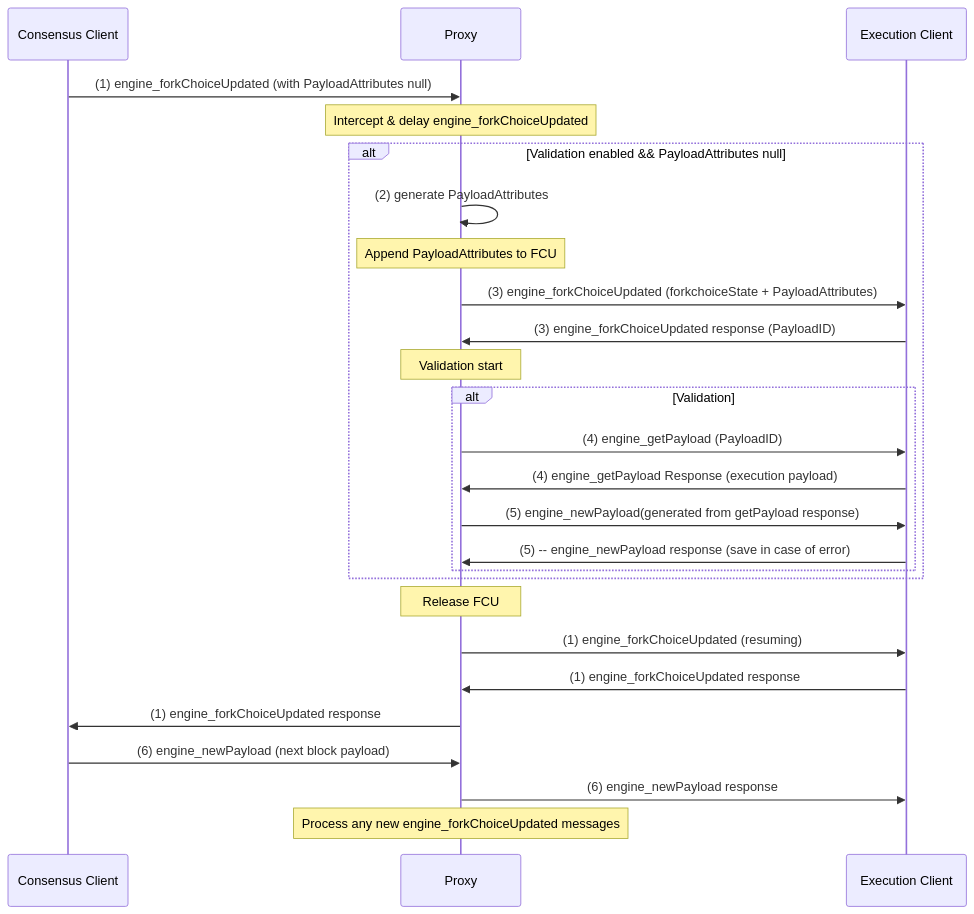
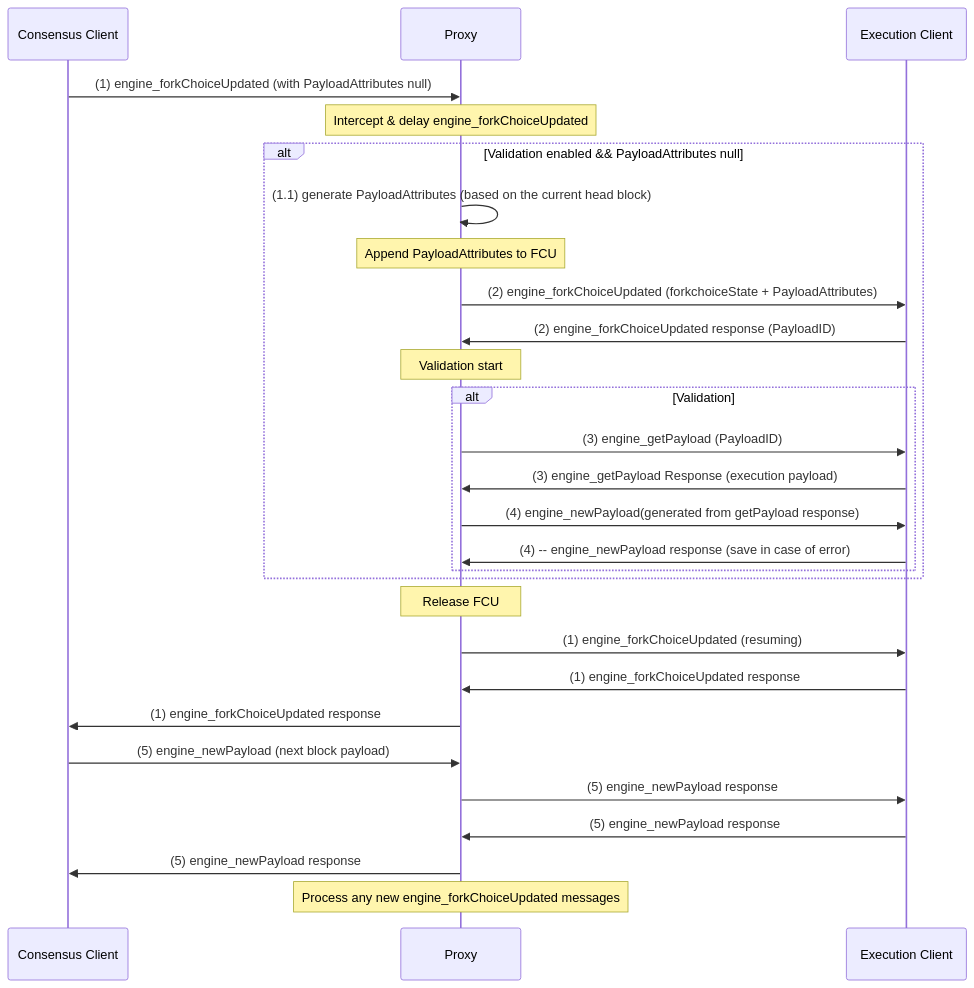
One commit to NethermindEth/nethermind changed the second of 2 diagrams in tools/EngineApiProxy/README.md. Above: the diagram before and after it, drawn with Mermaid. The commit also changed other lines of this file and 4 other files, not shown here.

````diff
--- a/tools/EngineApiProxy/README.md
+++ b/tools/EngineApiProxy/README.md
@@ -187,46 +187,48 @@
 ```mermaid
 sequenceDiagram
     participant CL as Consensus Client
     participant P as Proxy
     participant EC as Execution Client
 
     %% Step 1: CL sends engine_forkChoiceUpdated
     CL->>P: (1) engine_forkChoiceUpdated (with PayloadAttributes null)
     Note over P: Intercept & delay engine_forkChoiceUpdated
     
-    %% Step 2: based on request (1) PR generates PayloadAttributes
+    %% Step 1.1: based on request (1) PR generates PayloadAttributes
     alt Validation enabled && PayloadAttributes null
     
-    P->>P: (2) generate PayloadAttributes
+    P->>P: (1.1) generate PayloadAttributes (based on the current head block)
     Note over P: Append PayloadAttributes to FCU
     
-    %% Step 3: PR sends generated request (2) to EL
-    P->>EC: (3) engine_forkChoiceUpdated (forkchoiceState + PayloadAttributes)
-    EC->>P: (3) engine_forkChoiceUpdated response (PayloadID)
+    %% Step 2: PR sends generated request (1.1) to EL
+    P->>EC: (2) engine_forkChoiceUpdated (forkchoiceState + PayloadAttributes)
+    EC->>P: (2) engine_forkChoiceUpdated response (PayloadID)
        
-    %% Step 4: getting PayloadID from EL (3), sending engine_getPayload with it
+    %% Step 3: getting PayloadID from EL (2), sending engine_getPayload with it
     Note over P: Validation start
     alt Validation
-    P->>EC: (4) engine_getPayload (PayloadID)
-    EC->>P: (4) engine_getPayload Response (execution payload)
+    P->>EC: (3) engine_getPayload (PayloadID)
+    EC->>P: (3) engine_getPayload Response (execution payload)
     
-    %% Step 5: Sending engine_newPayload with generated (4) payload
-    P->>EC: (5) engine_newPayload(generated from getPayload response)
-    EC->>P: (5) -- engine_newPayload response (save in case of error)
+    %% Step 4: Sending engine_newPayload with generated (3) payload
+    P->>EC: (4) engine_newPayload(generated from getPayload response)
+    EC->>P: (4) -- engine_newPayload response (save in case of error)
     end
 
     end
-    %% Step 6: Release blocked original FCU request (1)
+    %% Step 5: Release blocked original FCU request (1)
     Note over P: Release FCU
     P->>EC: (1) engine_forkChoiceUpdated (resuming)
     EC->>P: (1) engine_forkChoiceUpdated response
     P->>CL: (1) engine_forkChoiceUpdated response 
     
-    %% Step 7: Proceed a valid engine_newPayload (if any)
-    CL->>P: (6) engine_newPayload (next block payload)
-    P->>EC: (6) engine_newPayload response
+    %% Step 6: Proceed a valid engine_newPayload (if any)
+    CL->>P: (5) engine_newPayload (next block payload)
+    P->>EC: (5) engine_newPayload response
+    EC->>P: (5) engine_newPayload response
+    P->>CL: (5) engine_newPayload response 
    
     Note over P: Process any new engine_forkChoiceUpdated messages
 
 
 ```
````
